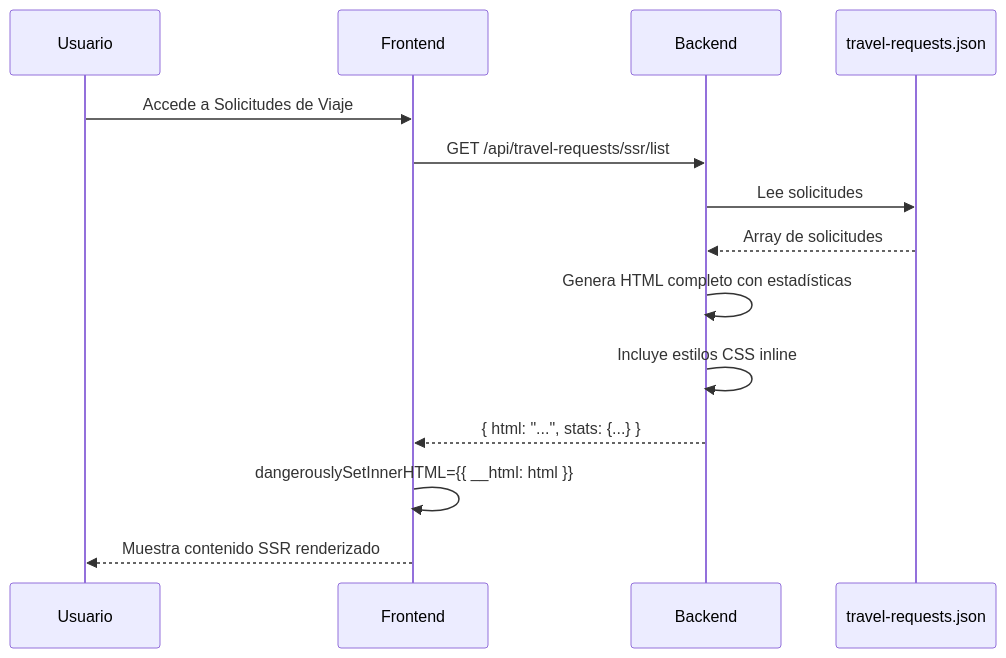
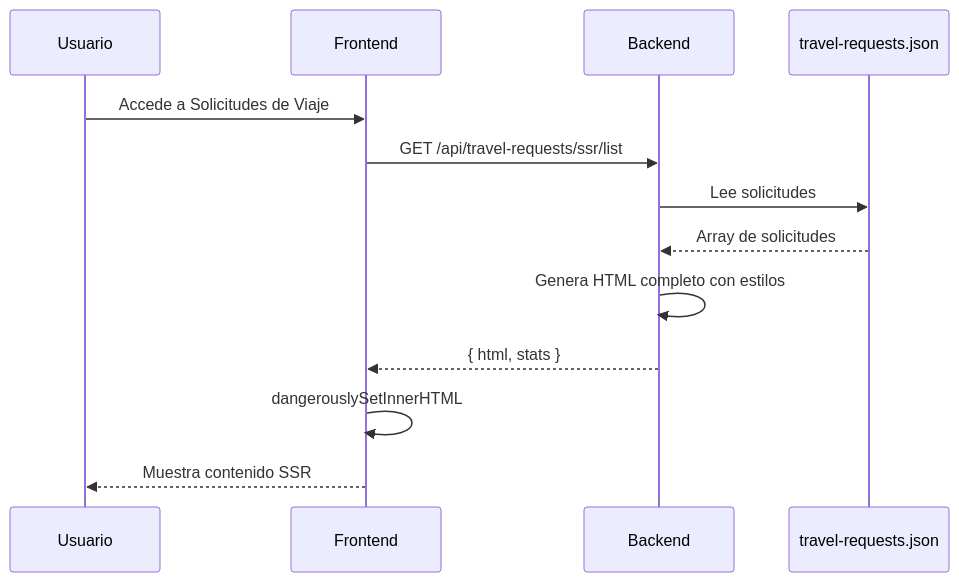
One commit to RodrigoSanchezDev/password-agencia-viajes-oeste-frontend-react-vite-auth changed the fourth of 4 diagrams in README.md. Above: the diagram before and after it, drawn with Mermaid. The commit also changed other lines of this file and 4 other files, not shown here.

First line of the commit message:
fix: Reorganizar README con SSR integrado coherentemente

````diff
--- a/README.md
+++ b/README.md
@@ -559,17 +460,16 @@
 ```mermaid
 sequenceDiagram
     participant U as Usuario
     participant F as Frontend
     participant B as Backend
     participant DB as travel-requests.json
 
     U->>F: Accede a Solicitudes de Viaje
     F->>B: GET /api/travel-requests/ssr/list
     B->>DB: Lee solicitudes
     DB-->>B: Array de solicitudes
-    B->>B: Genera HTML completo con estadísticas
-    B->>B: Incluye estilos CSS inline
-    B-->>F: { html: "...", stats: {...} }
-    F->>F: dangerouslySetInnerHTML={{ __html: html }}
-    F-->>U: Muestra contenido SSR renderizado
+    B->>B: Genera HTML completo con estilos
+    B-->>F: { html, stats }
+    F->>F: dangerouslySetInnerHTML
+    F-->>U: Muestra contenido SSR
 ```
````
